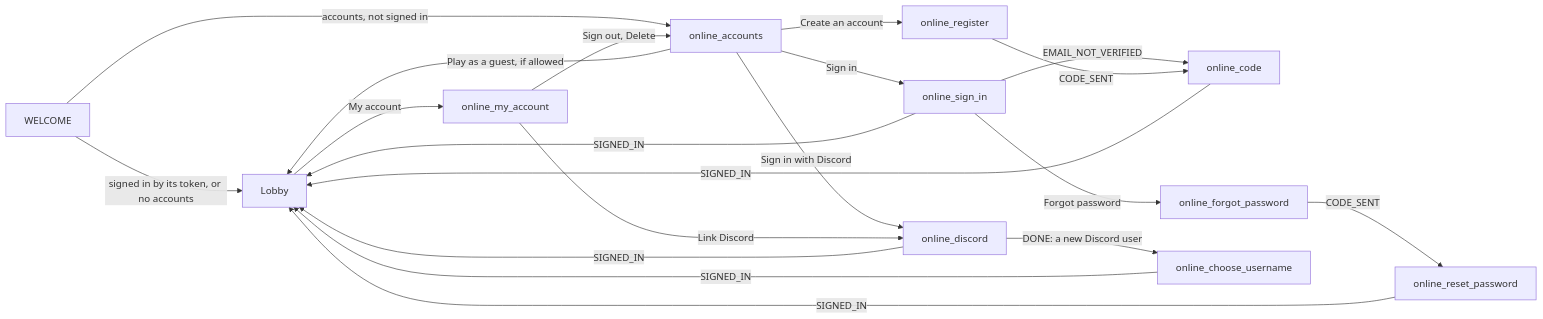
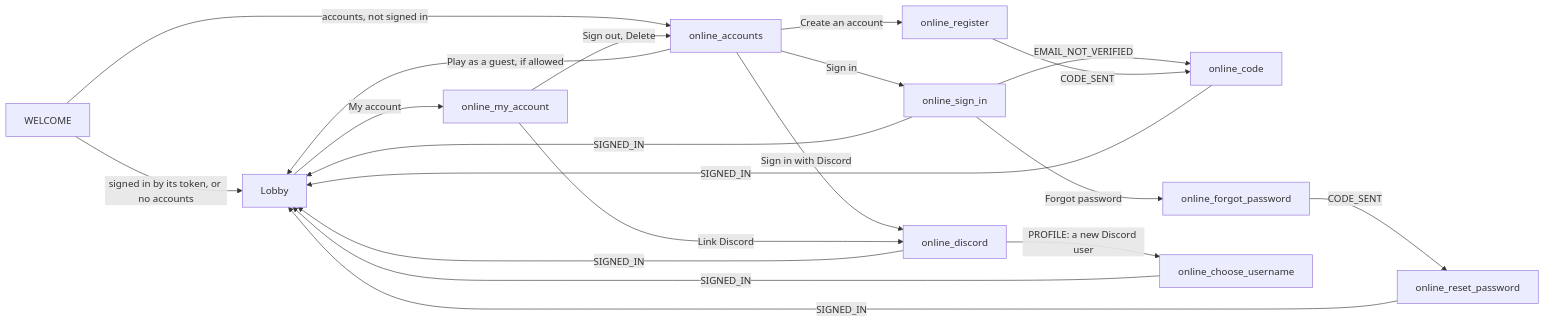
Before and after one commit to Akinator31/Rtype: the second of 2 diagrams in docs/architecture/client-online.md, drawn with Mermaid. The commit also changed other lines of this file and 25 other files, not shown here.

Commit message:
feat(client): the Online screens of the design, with the Discord profile

````diff
--- a/docs/architecture/client-online.md
+++ b/docs/architecture/client-online.md
@@ -141,14 +158,14 @@
 ```mermaid
 flowchart LR
     W[WELCOME] -->|signed in by its token, or no accounts| L[Lobby]
     W -->|accounts, not signed in| A[online_accounts]
     A -->|Sign in| S[online_sign_in] -->|SIGNED_IN| L
     S -->|EMAIL_NOT_VERIFIED| C[online_code]
     S -->|Forgot password| F[online_forgot_password] -->|CODE_SENT| R[online_reset_password] -->|SIGNED_IN| L
     A -->|Create an account| G[online_register] -->|CODE_SENT| C -->|SIGNED_IN| L
     A -->|Play as a guest, if allowed| L
     A -->|Sign in with Discord| D[online_discord] -->|SIGNED_IN| L
-    D -->|DONE: a new Discord user| U[online_choose_username] -->|SIGNED_IN| L
+    D -->|PROFILE: a new Discord user| U[online_choose_username] -->|SIGNED_IN| L
     L -->|My account| M[online_my_account] -->|Sign out, Delete| A
     M -->|Link Discord| D
 ```
````
